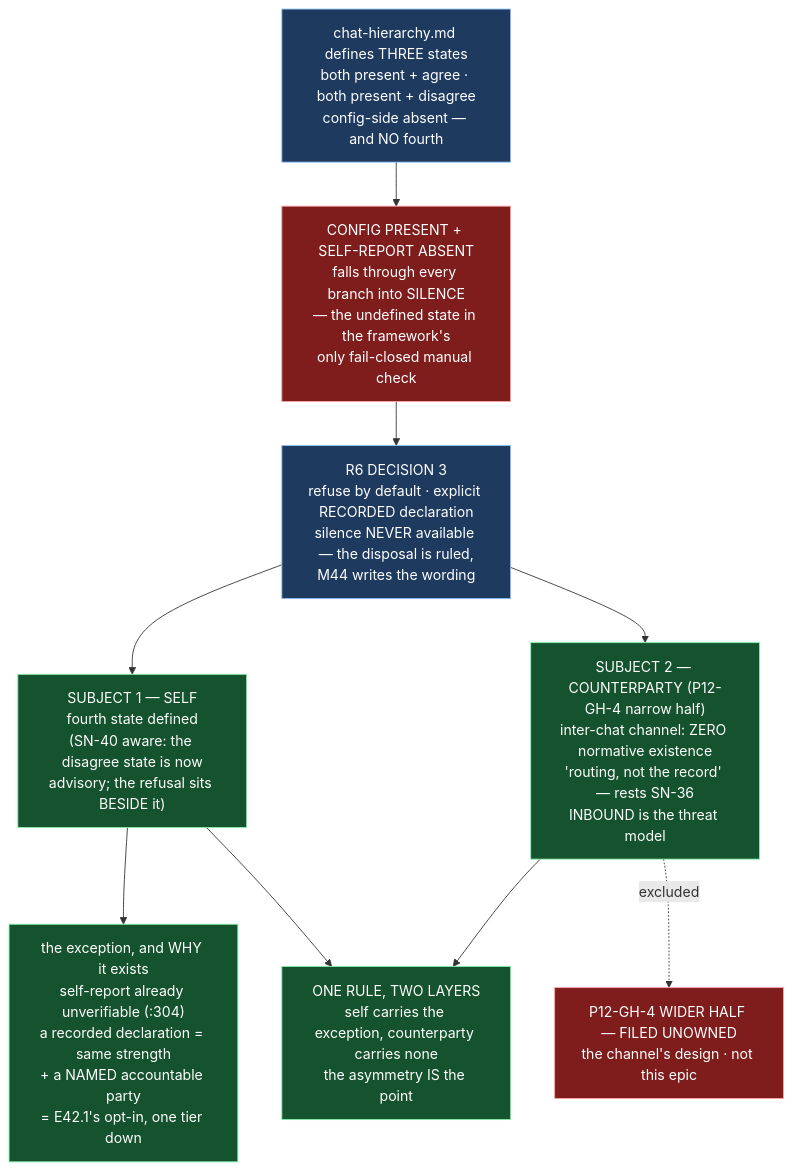
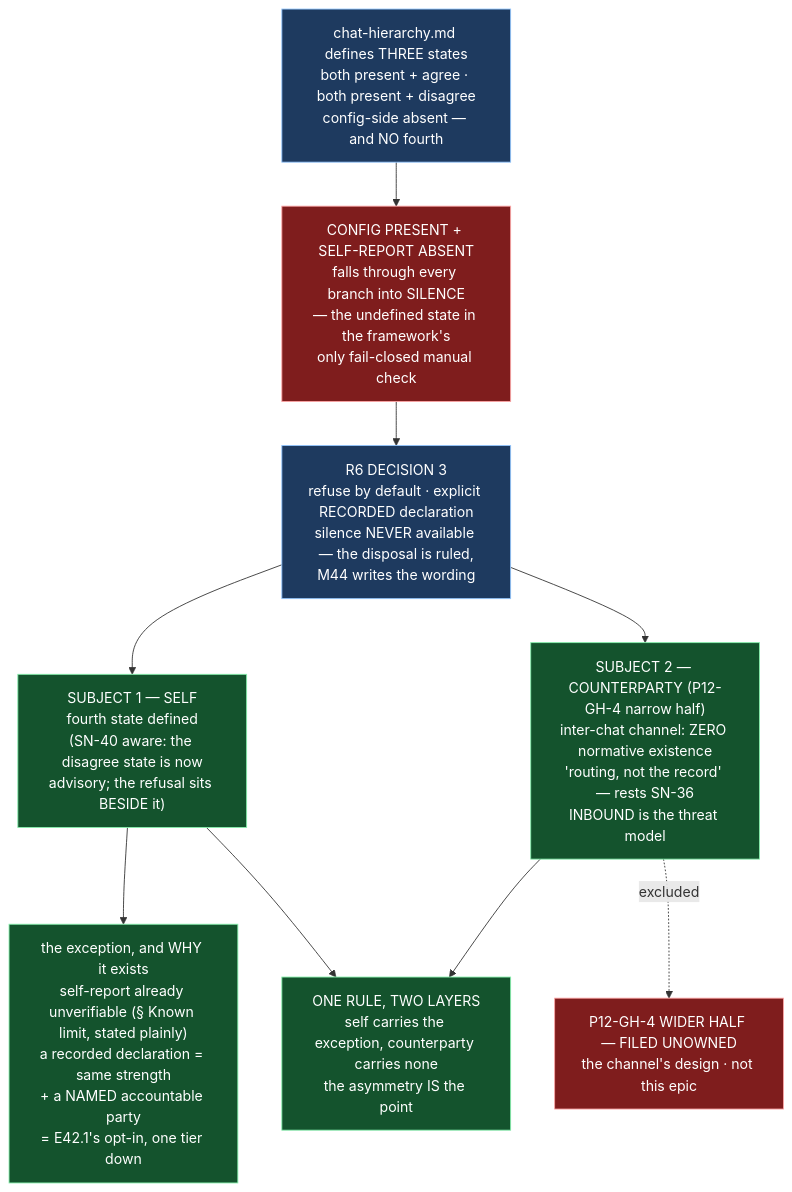
Before and after one commit to panchew/ai-project-system: the diagram in docs/phases/P12__Completion_Fail_Closed_Defaults_and_the_Drivr_MVP/P12-M44-E44.3__spec__cannot-establish-identity-refuse.md, drawn with Mermaid. The commit also changed other lines of this file and 1 other file, not shown here.

Commit message:
governance(P12-M44-E44.4): epic starter; fix E44.3 diagram (:304)->heading

````diff
--- a/docs/phases/P12__Completion_Fail_Closed_Defaults_and_the_Drivr_MVP/P12-M44-E44.3__spec__cannot-establish-identity-refuse.md
+++ b/docs/phases/P12__Completion_Fail_Closed_Defaults_and_the_Drivr_MVP/P12-M44-E44.3__spec__cannot-establish-identity-refuse.md
@@ -265,31 +265,31 @@
 ```mermaid
 flowchart TB
   THREE["chat-hierarchy.md defines THREE states<br/>both present + agree · both present + disagree<br/>config-side absent — and NO fourth"]
   GAP["CONFIG PRESENT + SELF-REPORT ABSENT<br/>falls through every branch into SILENCE<br/>— the undefined state in the framework's<br/>only fail-closed manual check"]
 
   RULED["R6 DECISION 3<br/>refuse by default · explicit RECORDED declaration<br/>silence NEVER available — the disposal is ruled,<br/>M44 writes the wording"]
 
   SELF["SUBJECT 1 — SELF<br/>fourth state defined<br/>(SN-40 aware: the disagree state is now<br/>advisory; the refusal sits BESIDE it)"]
-  EXC["the exception, and WHY it exists<br/>self-report already unverifiable (:304)<br/>a recorded declaration = same strength<br/>+ a NAMED accountable party<br/>= E42.1's opt-in, one tier down"]
+  EXC["the exception, and WHY it exists<br/>self-report already unverifiable (§ Known limit, stated plainly)<br/>a recorded declaration = same strength<br/>+ a NAMED accountable party<br/>= E42.1's opt-in, one tier down"]
 
   CPAIR["SUBJECT 2 — COUNTERPARTY (P12-GH-4 narrow half)<br/>inter-chat channel: ZERO normative existence<br/>'routing, not the record' — rests SN-36<br/>INBOUND is the threat model"]
   CHANNEL["P12-GH-4 WIDER HALF — FILED UNOWNED<br/>the channel's design · not this epic"]
 
   OUT["ONE RULE, TWO LAYERS<br/>self carries the exception, counterparty carries none<br/>the asymmetry IS the point"]
 
   THREE --> GAP
   GAP --> RULED
   RULED --> SELF
   SELF --> EXC
   RULED --> CPAIR
   CPAIR -.excluded.-> CHANNEL
   SELF --> OUT
   CPAIR --> OUT
 
   classDef defect fill:#7f1d1d,stroke:#fca5a5,color:#fff
   classDef fix fill:#14532d,stroke:#86efac,color:#fff
   classDef hard fill:#1e3a5f,stroke:#93c5fd,color:#fff
   class GAP,CHANNEL defect
   class SELF,EXC,CPAIR,OUT fix
   class THREE,RULED hard
 ```
````
